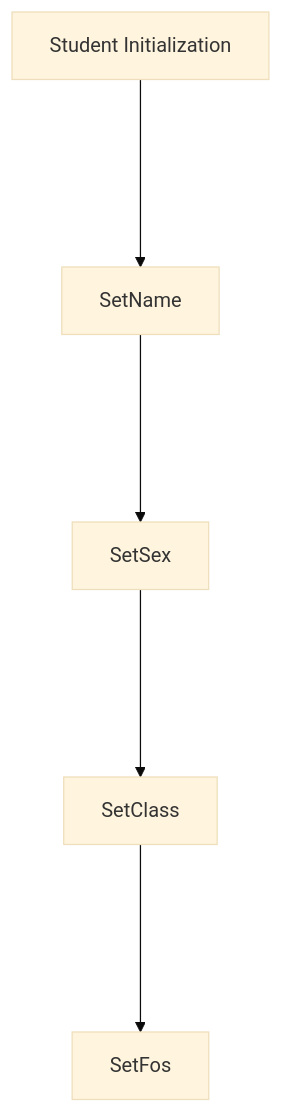
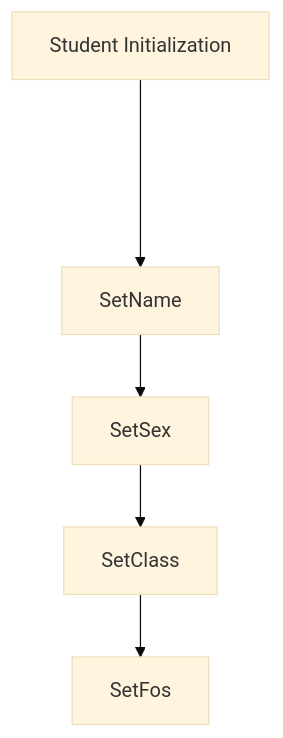
One commit to RockFreakRickerd/SameCodeDifferentLanguagues changed the second of 2 diagrams in SchoolSystem/README.md. Above: the diagram before and after it, drawn with Mermaid (base theme).

````diff
--- a/SchoolSystem/README.md
+++ b/SchoolSystem/README.md
@@ -34,6 +34,6 @@
 ```mermaid
 flowchart TD
-  A[Student Initialization] ----> B[SetName] ----> C[SetSex] ----> D[SetClass] ----> E[SetFos]
+  A[Student Initialization] ----> B[SetName] --> C[SetSex] --> D[SetClass] --> E[SetFos]
   
   
 ```
````
